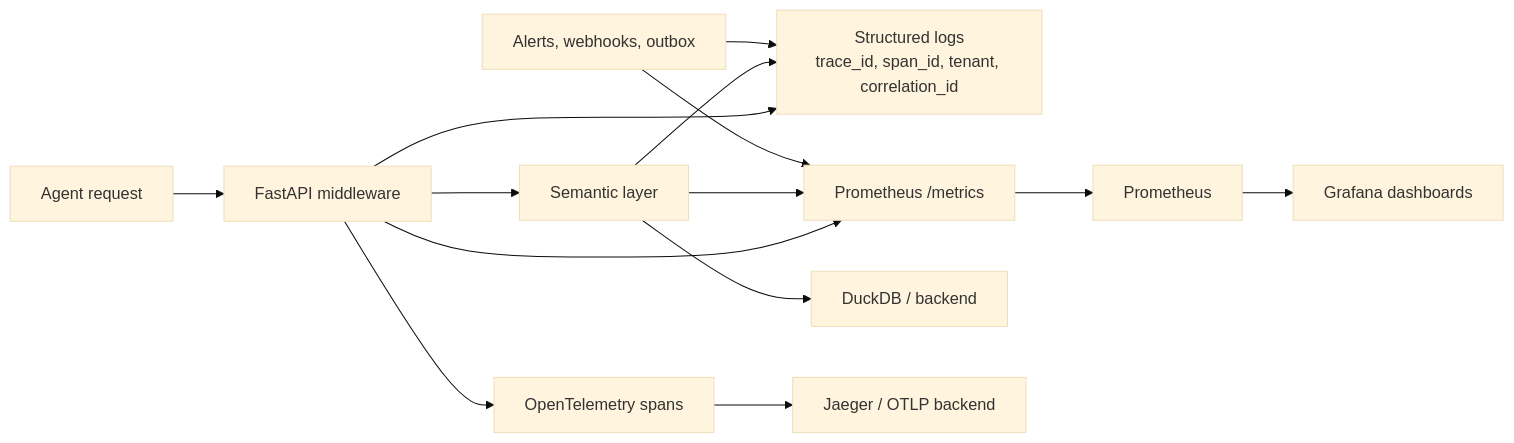
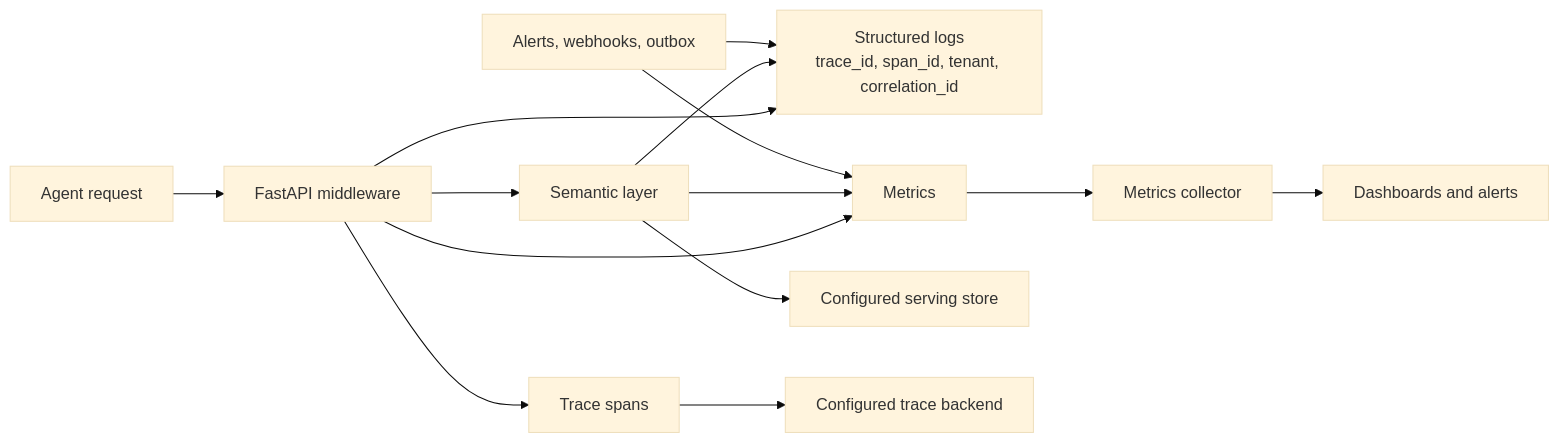
Before and after one commit to brownjuly2003-code/agentflow: the diagram in docs/observability.md, drawn with Mermaid (base theme). The commit also changed other lines of this file and 3 other files, not shown here.

````diff
--- a/docs/observability.md
+++ b/docs/observability.md
@@ -8,16 +14,16 @@
 ```mermaid
 flowchart LR
     request["Agent request"] --> api["FastAPI middleware"]
     api --> logs["Structured logs\ntrace_id, span_id, tenant, correlation_id"]
-    api --> metrics["Prometheus /metrics"]
-    api --> traces["OpenTelemetry spans"]
+    api --> metrics["Metrics"]
+    api --> traces["Trace spans"]
     api --> semantic["Semantic layer"]
-    semantic --> store["DuckDB / backend"]
+    semantic --> store["Configured serving store"]
     semantic --> logs
     semantic --> metrics
     background["Alerts, webhooks, outbox"] --> logs
     background --> metrics
-    traces --> jaeger["Jaeger / OTLP backend"]
-    metrics --> prometheus["Prometheus"]
-    prometheus --> grafana["Grafana dashboards"]
+    traces --> trace_backend["Configured trace backend"]
+    metrics --> collector["Metrics collector"]
+    collector --> dashboards["Dashboards and alerts"]
 ```
````
